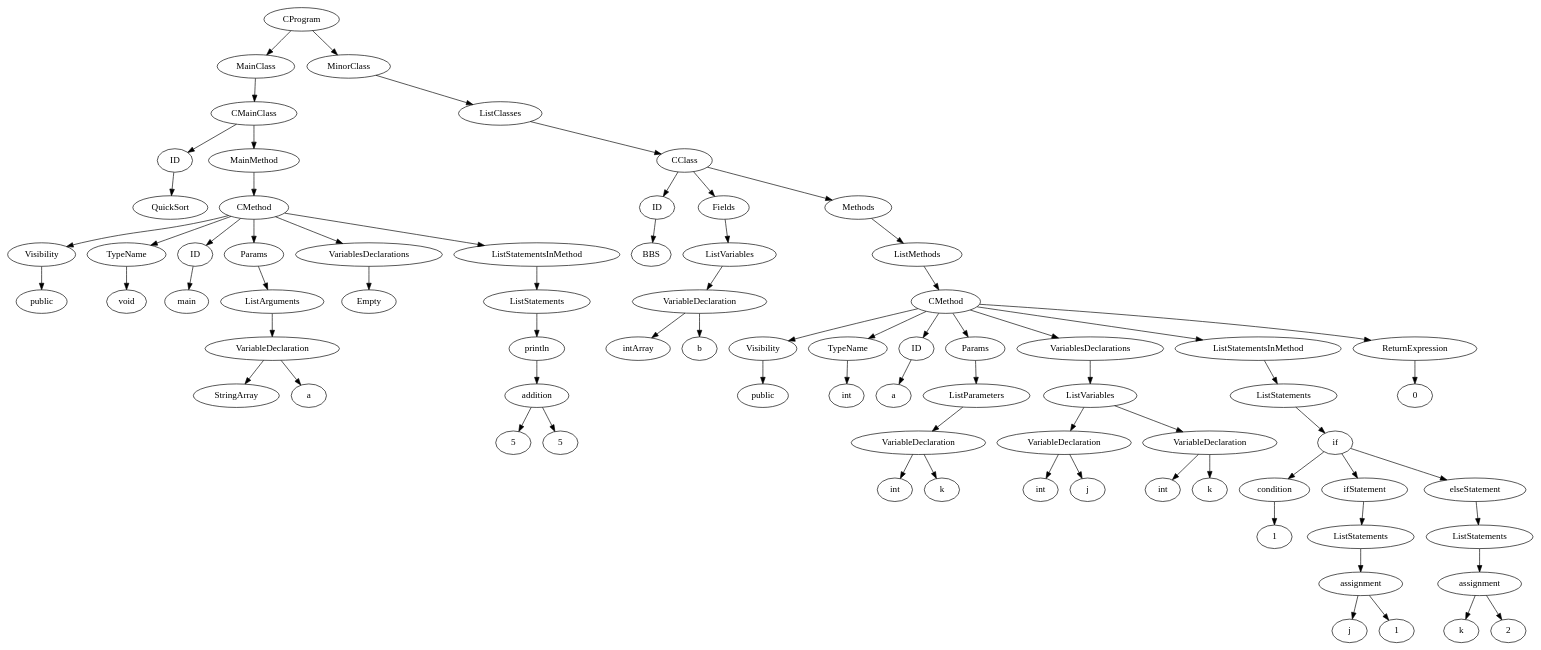
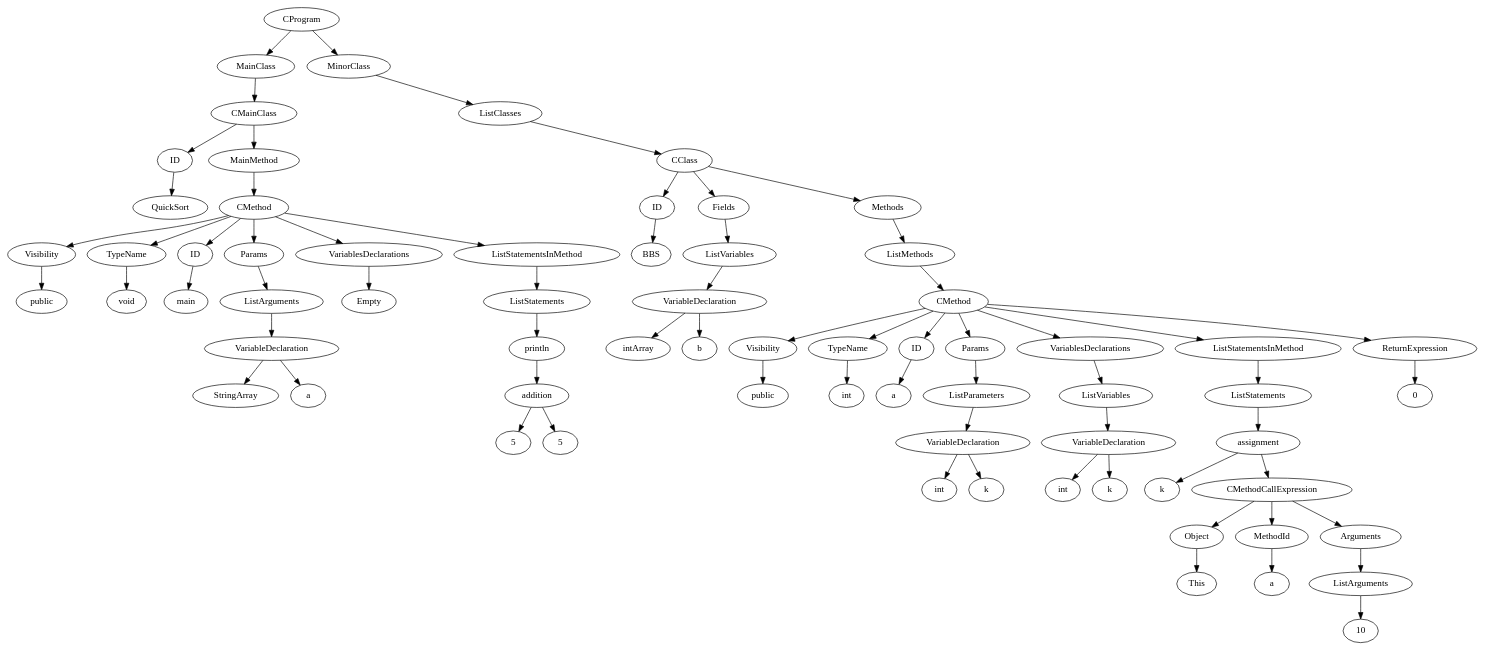
One commit to krivchnik/ProtivoGaZiK changed the diagram in graph.dot. Above: the diagram before and after it, drawn with Graphviz. The commit also changed 3 other files, not shown here.

```diff
--- a/graph.dot
+++ b/graph.dot
@@ -1,41 +1,37 @@
 digraph task1 {
 	{CProgramA1[label="CProgram"]} -> {MainClassA1[label="MainClass"]} -> {CMainClassA2[label="CMainClass"]} -> {IDA2[label="ID"]} -> {A3[label="QuickSort"]};
 	{CMainClassA2[label="CMainClass"]} -> {MainMethodA2[label="MainMethod"]} -> {CMethodA4[label="CMethod"]} -> {VisibilityA4[label="Visibility"]} -> {publicA4[label="public"]};
 	{CMethodA4[label="CMethod"]} -> {TypeNameA4[label="TypeName"]} -> {voidA4[label="void"]};
 	{CMethodA4[label="CMethod"]} -> {IDA4[label="ID"]} -> {A5[label="main"]};
 	{CMethodA4[label="CMethod"]} -> {ParamsA4[label="Params"]} -> {ListA6[label="ListArguments"]} -> {VariableDeclarationA7[label="VariableDeclaration"]} -> {StringArrayA8[label="StringArray"]};
 	{VariableDeclarationA7[label="VariableDeclaration"]} -> {aA9[label="a"]};
 	{CMethodA4[label="CMethod"]} -> {VariablesDeclarationsA4[label="VariablesDeclarations"]} -> {EmptyA10[label="Empty"]};
 	{CMethodA4[label="CMethod"]} -> {ListStatementsInMethodA4[label="ListStatementsInMethod"]} -> {ListA11[label="ListStatements"]} -> {printlnA12[label="println"]} -> {additionA13[label="addition"]} -> {NumberA14[label="5"]};
 	{additionA13[label="addition"]} -> {NumberA15[label="5"]};
 	{CProgramA1[label="CProgram"]} -> {MinorClassA1[label="MinorClass"]} -> {ListA16[label="ListClasses"]} -> {CClassA17[label="CClass"]} -> {IDA17[label="ID"]} -> {A18[label="BBS"]};
 	{CClassA17[label="CClass"]} -> {FieldsA17[label="Fields"]} -> {ListA19[label="ListVariables"]} -> {VariableDeclarationA20[label="VariableDeclaration"]} -> {intArrayA21[label="intArray"]};
 	{VariableDeclarationA20[label="VariableDeclaration"]} -> {bA22[label="b"]};
 	{CClassA17[label="CClass"]} -> {MethodsA17[label="Methods"]} -> {ListA23[label="ListMethods"]} -> {CMethodA24[label="CMethod"]} -> {VisibilityA24[label="Visibility"]} -> {publicA24[label="public"]};
 	{CMethodA24[label="CMethod"]} -> {TypeNameA24[label="TypeName"]} -> {intA24[label="int"]};
 	{CMethodA24[label="CMethod"]} -> {IDA24[label="ID"]} -> {A25[label="a"]};
 	{CMethodA24[label="CMethod"]} -> {ParamsA24[label="Params"]} -> {ListA26[label="ListParameters"]} -> {VariableDeclarationA27[label="VariableDeclaration"]} -> {intA28[label="int"]};
 	{VariableDeclarationA27[label="VariableDeclaration"]} -> {kA29[label="k"]};
 	{CMethodA24[label="CMethod"]} -> {VariablesDeclarationsA24[label="VariablesDeclarations"]} -> {ListA30[label="ListVariables"]} -> {VariableDeclarationA31[label="VariableDeclaration"]} -> {intA32[label="int"]};
-	{VariableDeclarationA31[label="VariableDeclaration"]} -> {jA33[label="j"]};
-	{ListA30[label="ListVariables"]} -> {VariableDeclarationA34[label="VariableDeclaration"]} -> {intA35[label="int"]};
-	{VariableDeclarationA34[label="VariableDeclaration"]} -> {kA36[label="k"]};
-	{CMethodA24[label="CMethod"]} -> {ListStatementsInMethodA24[label="ListStatementsInMethod"]} -> {ListA37[label="ListStatements"]} -> {ifA38[label="if"]} -> {conditionA38[label="condition"]} -> {BoolA39[label="1"]};
-	{ifA38[label="if"]} -> {ifStatementA38[label="ifStatement"]} -> {ListA40[label="ListStatements"]} -> {assignmentA41[label="assignment"]} -> {A42[label="j"]};
-	{assignmentA41[label="assignment"]} -> {NumberA43[label="1"]};
-	{ifA38[label="if"]} -> {elseStatementA38[label="elseStatement"]} -> {ListA44[label="ListStatements"]} -> {assignmentA45[label="assignment"]} -> {A46[label="k"]};
-	{assignmentA45[label="assignment"]} -> {NumberA47[label="2"]};
-	{CMethodA24[label="CMethod"]} -> {ReturnExpressionA24[label="ReturnExpression"]} -> {NumberA48[label="0"]};
+	{VariableDeclarationA31[label="VariableDeclaration"]} -> {kA33[label="k"]};
+	{CMethodA24[label="CMethod"]} -> {ListStatementsInMethodA24[label="ListStatementsInMethod"]} -> {ListA34[label="ListStatements"]} -> {assignmentA35[label="assignment"]} -> {A36[label="k"]};
+	{assignmentA35[label="assignment"]} -> {CMethodCallExpressionA37[label="CMethodCallExpression"]} -> {ObjectA37[label="Object"]} -> {ThisA38[label="This"]};
+	{CMethodCallExpressionA37[label="CMethodCallExpression"]} -> {MethodIdA37[label="MethodId"]} -> {A39[label="a"]};
+	{CMethodCallExpressionA37[label="CMethodCallExpression"]} -> {ArgumentsA37[label="Arguments"]} -> {ListA40[label="ListArguments"]} -> {NumberA41[label="10"]};
+	{CMethodA24[label="CMethod"]} -> {ReturnExpressionA24[label="ReturnExpression"]} -> {NumberA42[label="0"]};
 	{A3[label="QuickSort"]} [shape=box];
 	{A5[label="main"]} [shape=box];
 	{NumberA14[label="5"]} [shape=box];
 	{NumberA15[label="5"]} [shape=box];
 	{A18[label="BBS"]} [shape=box];
 	{A25[label="a"]} [shape=box];
-	{BoolA39[label="1"]} [shape=box];
-	{A42[label="j"]} [shape=box];
-	{NumberA43[label="1"]} [shape=box];
-	{A46[label="k"]} [shape=box];
-	{NumberA47[label="2"]} [shape=box];
-	{NumberA48[label="0"]} [shape=box];
+	{A36[label="k"]} [shape=box];
+	{ThisA38[label="This"]} [shape=box];
+	{A39[label="a"]} [shape=box];
+	{NumberA41[label="10"]} [shape=box];
+	{NumberA42[label="0"]} [shape=box];
 }
```
